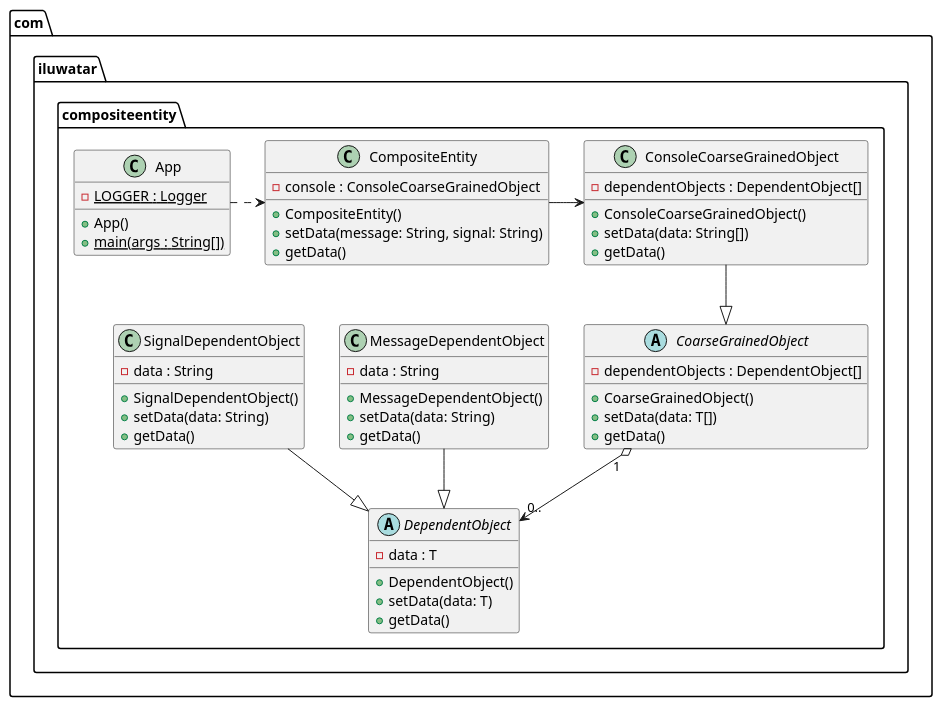
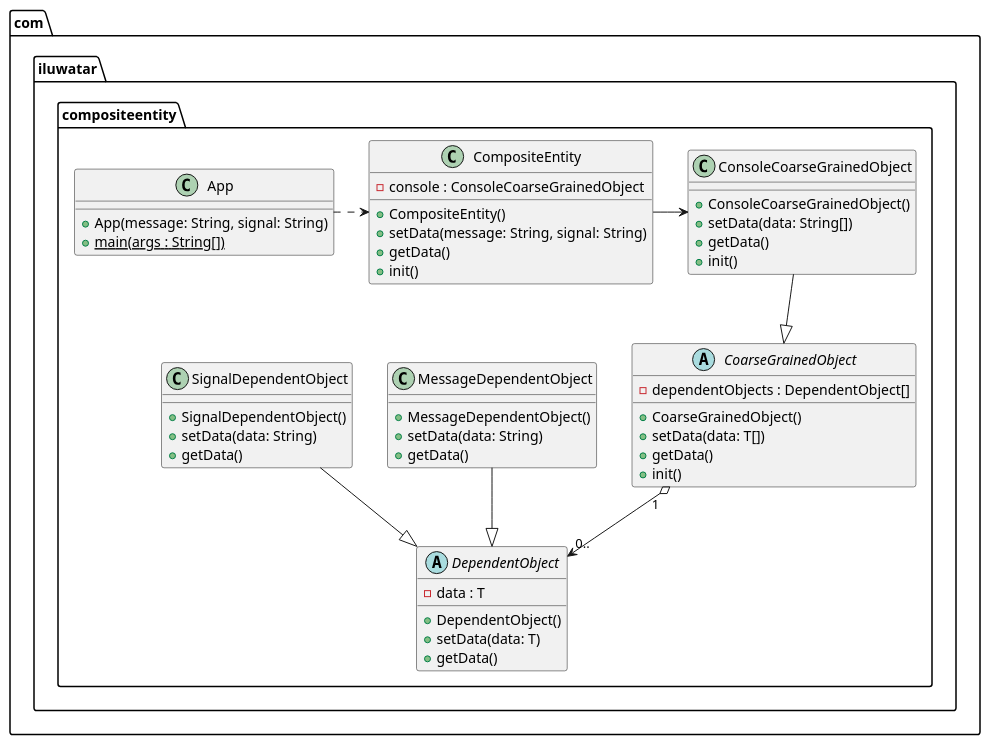
One commit to iluwatar/java-design-patterns changed the diagram in composite-entity/etc/composite-entity.urm.puml. Above: the diagram before and after it, drawn with PlantUML. The commit also changed 11 other files, not shown here.

```diff
--- a/composite-entity/etc/composite-entity.urm.puml
+++ b/composite-entity/etc/composite-entity.urm.puml
@@ -1,52 +1,51 @@
 @startuml
 package com.iluwatar.compositeentity {
   class App {
-     - LOGGER : Logger {static}
-     + App()
+     + App(message: String, signal: String)
      + main(args : String[]) {static}
   }
   class CompositeEntity{
       - console : ConsoleCoarseGrainedObject
       + CompositeEntity()
       + setData(message: String, signal: String)
       + getData()
+      + init()
     }
   abstract CoarseGrainedObject{
     - dependentObjects : DependentObject[]
     + CoarseGrainedObject()
     + setData(data: T[])
     + getData()
+    + init()
   }
   abstract DependentObject{
       - data : T
       + DependentObject()
       + setData(data: T)
       + getData()
   }
   class ConsoleCoarseGrainedObject{
-      - dependentObjects : DependentObject[]
       + ConsoleCoarseGrainedObject()
       + setData(data: String[])
       + getData()
+      + init()
   }
   class MessageDependentObject{
-          - data : String
           + MessageDependentObject()
           + setData(data: String)
           + getData()
   }
   class SignalDependentObject{
-            - data : String
             + SignalDependentObject()
             + setData(data: String)
             + getData()
   }
 
   MessageDependentObject --|> DependentObject
   SignalDependentObject  --|> DependentObject
   ConsoleCoarseGrainedObject --|> CoarseGrainedObject
   CompositeEntity -right-> ConsoleCoarseGrainedObject
   CoarseGrainedObject "1" o--> "0.." DependentObject
   App .right.> CompositeEntity
 }
 @enduml
```
